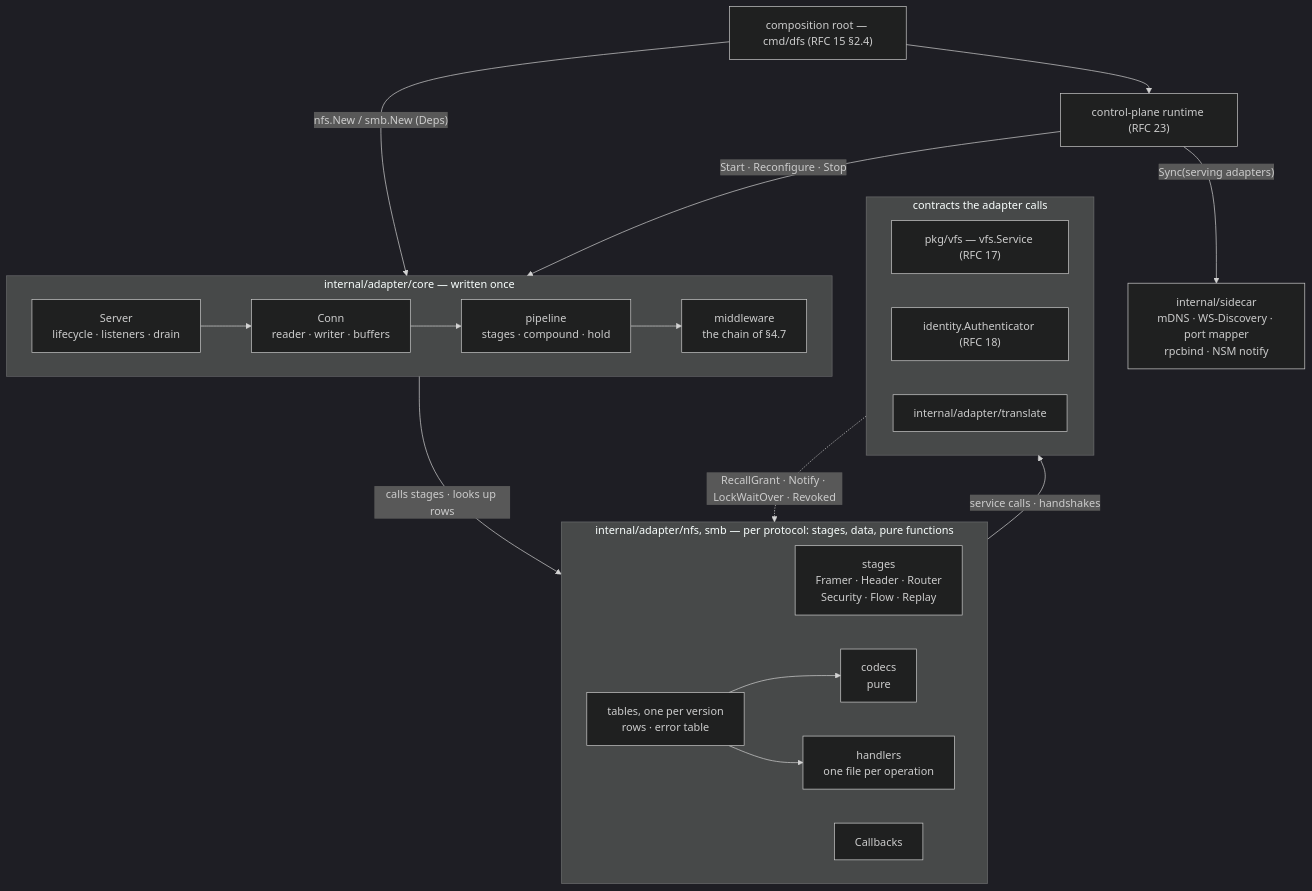
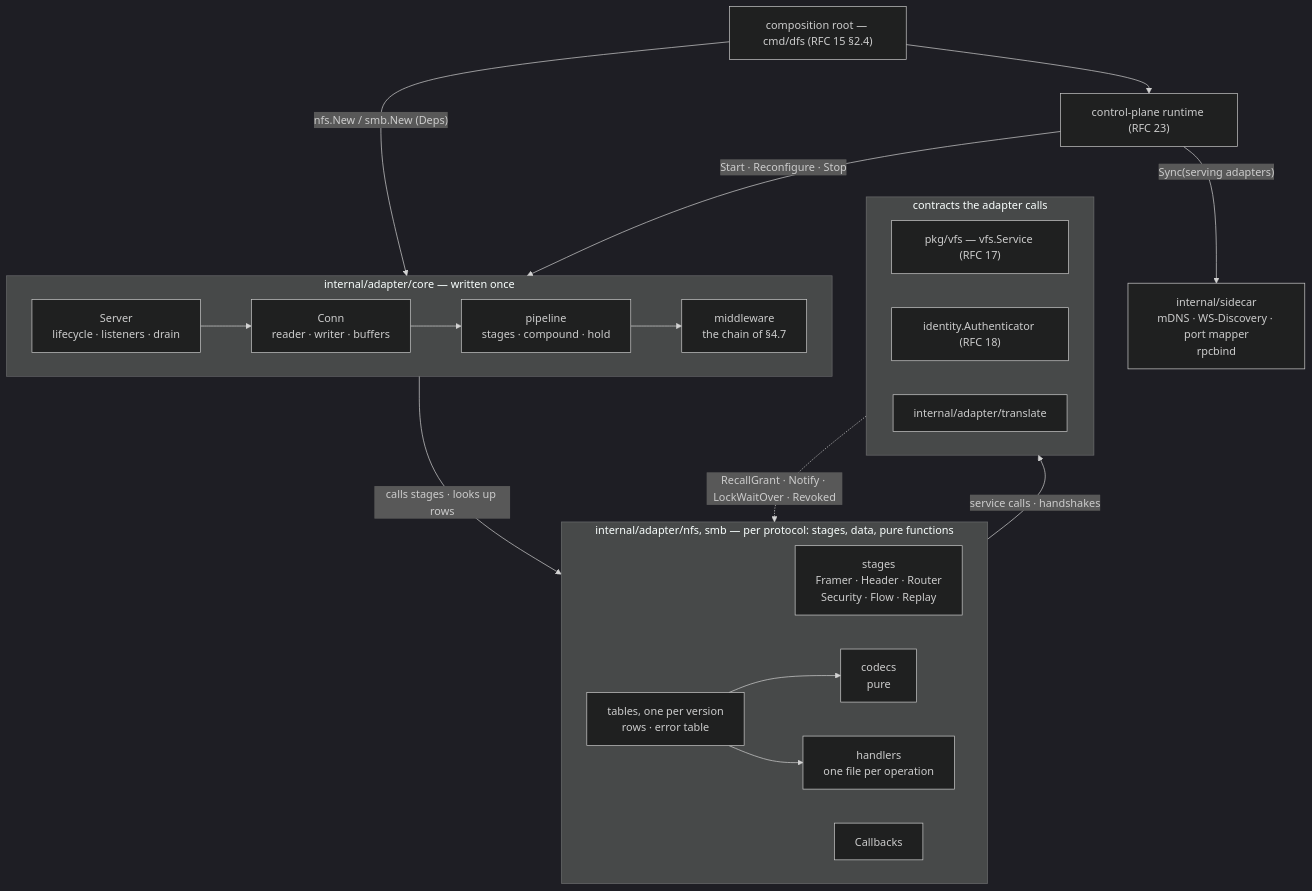
One commit to esignoretti/dittofs changed the first of 3 diagrams in docs/internals/rfcs/rfc-20-adapters.md. Above: the diagram before and after it, drawn with Mermaid (dark theme). The commit also changed other lines of this file and 4 other files, not shown here.

````diff
--- a/docs/internals/rfcs/rfc-20-adapters.md
+++ b/docs/internals/rfcs/rfc-20-adapters.md
@@ -394,36 +393,36 @@
 ```mermaid
 flowchart TB
   root["composition root — cmd/dfs (RFC 15 §2.4)"]
   cp["control-plane runtime (RFC 23)"]
   subgraph core["internal/adapter/core — written once"]
     direction LR
     srv["Server<br/>lifecycle · listeners · drain"]
     conn["Conn<br/>reader · writer · buffers"]
     pipe["pipeline<br/>stages · compound · hold"]
     mw["middleware<br/>the chain of §4.7"]
     srv --> conn --> pipe --> mw
   end
   subgraph proto["internal/adapter/nfs, smb — per protocol: stages, data, pure functions"]
     direction LR
     parts["stages<br/>Framer · Header · Router<br/>Security · Flow · Replay"]
     tables["tables, one per version<br/>rows · error table"]
     handlers["handlers<br/>one file per operation"]
     codecs["codecs<br/>pure"]
     cbs["Callbacks"]
     tables --> codecs & handlers
   end
   subgraph below["contracts the adapter calls"]
     direction LR
     svc["pkg/vfs — vfs.Service (RFC 17)"]
     auth["identity.Authenticator (RFC 18)"]
     translate["internal/adapter/translate"]
   end
   root -- "nfs.New / smb.New (Deps)" --> core
   root --> cp
   cp -- "Start · Reconfigure · Stop" --> core
-  side["internal/sidecar<br/>mDNS · WS-Discovery · port mapper<br/>rpcbind · NSM notify"]
+  side["internal/sidecar<br/>mDNS · WS-Discovery · port mapper<br/>rpcbind"]
   cp -- "Sync(serving adapters)" --> side
   core -- "calls stages · looks up rows" --> proto
   proto -- "service calls · handshakes" --> below
   svc -. "RecallGrant · Notify · LockWaitOver · Revoked" .-> cbs
 ```
````
